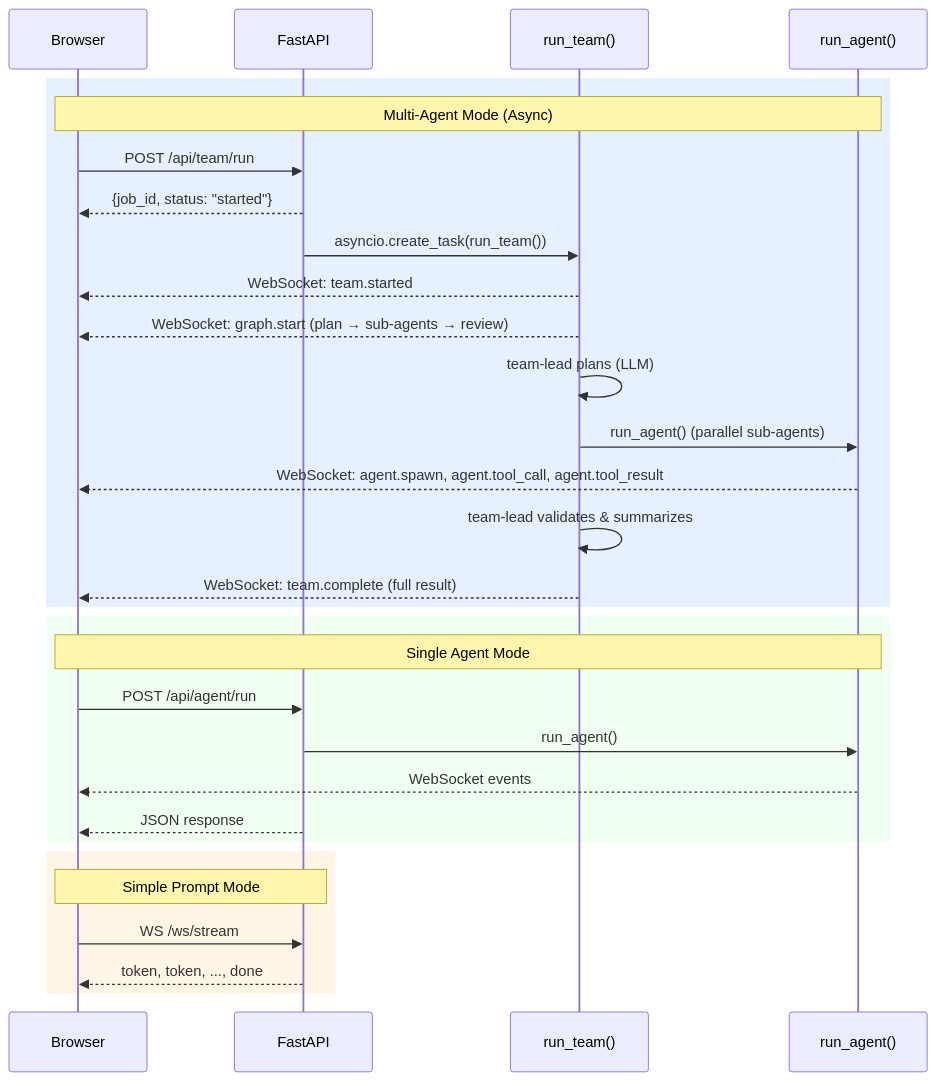
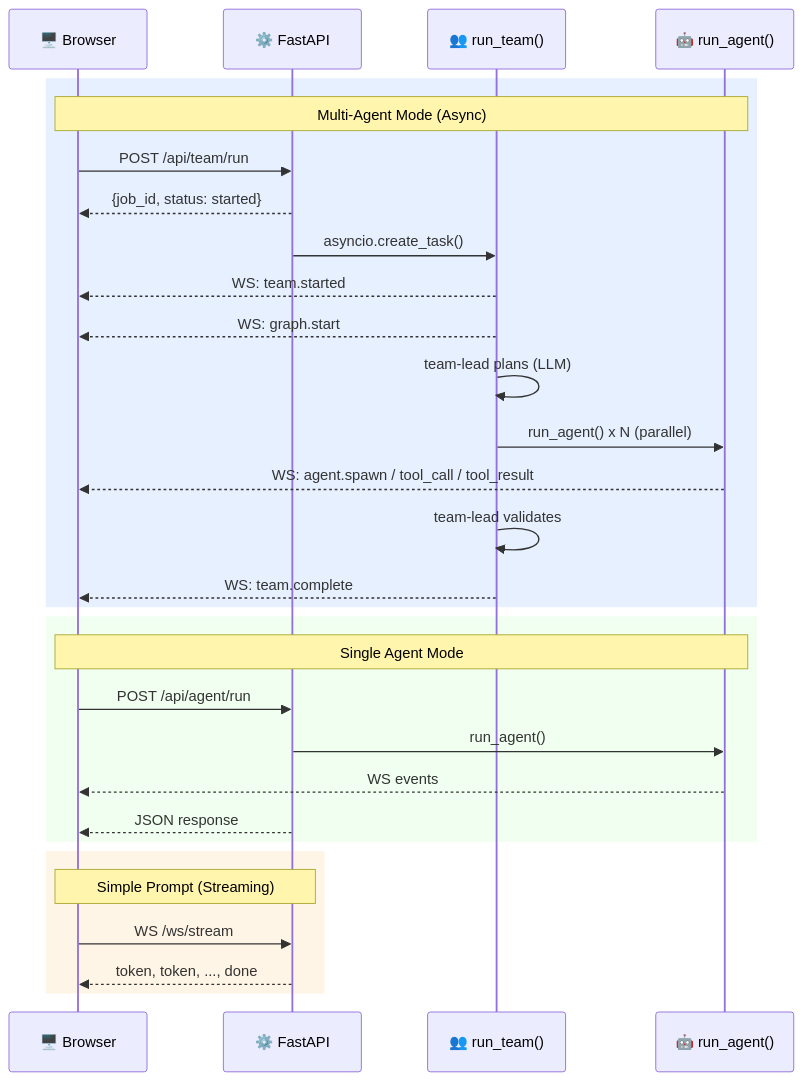
Before and after one commit to pjcau/agent-orchestrator: the third of 6 diagrams in docs/website/docs/architecture/components.md, drawn with Mermaid. The commit also changed other lines of this file, not shown here.

First line of the commit message:
docs: improve component interaction diagrams for clarity and completeness

````diff
--- a/docs/website/docs/architecture/components.md
+++ b/docs/website/docs/architecture/components.md
@@ -99,35 +156,35 @@
 ```mermaid
 sequenceDiagram
-    participant B as Browser
-    participant F as FastAPI
-    participant T as run_team()
-    participant A as run_agent()
+    participant B as 🖥️ Browser
+    participant F as ⚙️ FastAPI
+    participant T as 👥 run_team()
+    participant A as 🤖 run_agent()
 
     rect rgb(230, 240, 255)
         Note over B,A: Multi-Agent Mode (Async)
         B->>F: POST /api/team/run
-        F-->>B: {job_id, status: "started"}
-        F->>T: asyncio.create_task(run_team())
-        T-->>B: WebSocket: team.started
-        T-->>B: WebSocket: graph.start (plan → sub-agents → review)
+        F-->>B: {job_id, status: started}
+        F->>T: asyncio.create_task()
+        T-->>B: WS: team.started
+        T-->>B: WS: graph.start
         T->>T: team-lead plans (LLM)
-        T->>A: run_agent() (parallel sub-agents)
-        A-->>B: WebSocket: agent.spawn, agent.tool_call, agent.tool_result
-        T->>T: team-lead validates & summarizes
-        T-->>B: WebSocket: team.complete (full result)
+        T->>A: run_agent() x N (parallel)
+        A-->>B: WS: agent.spawn / tool_call / tool_result
+        T->>T: team-lead validates
+        T-->>B: WS: team.complete
     end
 
     rect rgb(240, 255, 240)
         Note over B,A: Single Agent Mode
         B->>F: POST /api/agent/run
         F->>A: run_agent()
-        A-->>B: WebSocket events
+        A-->>B: WS events
         F-->>B: JSON response
     end
 
     rect rgb(255, 245, 230)
-        Note over B,F: Simple Prompt Mode
+        Note over B,F: Simple Prompt (Streaming)
         B->>F: WS /ws/stream
         F-->>B: token, token, ..., done
     end
 ```
````
